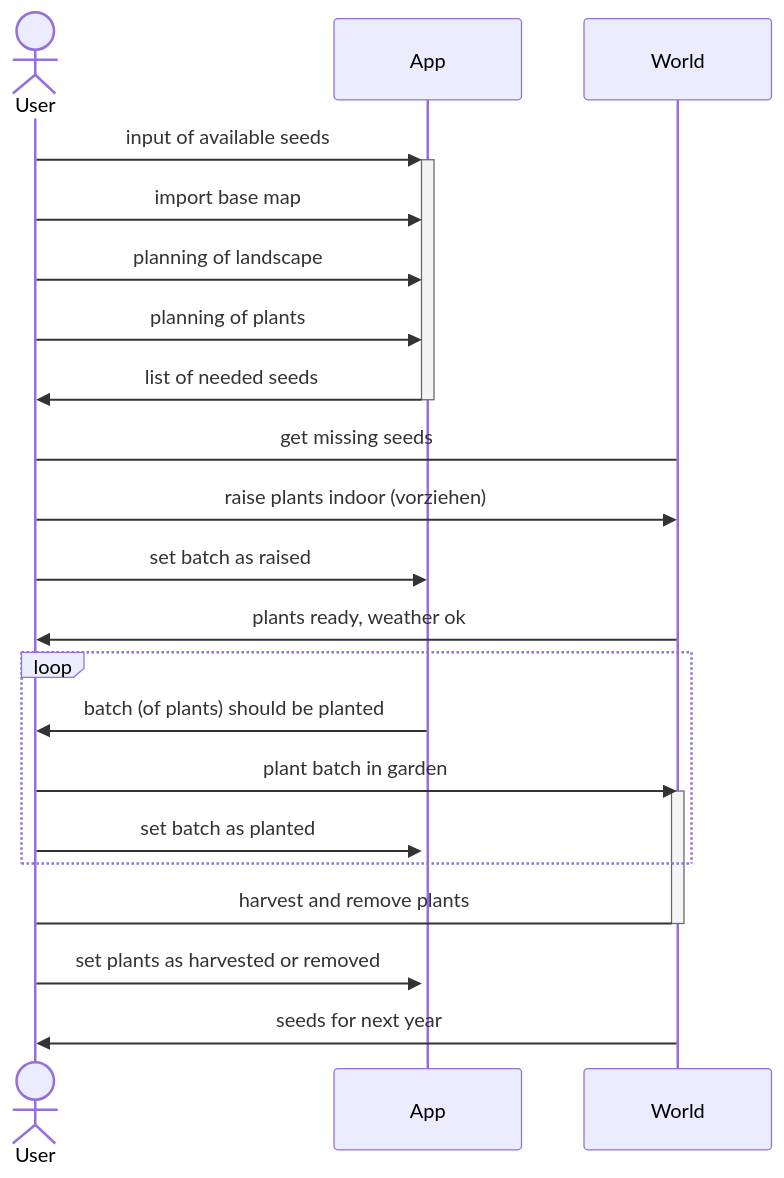
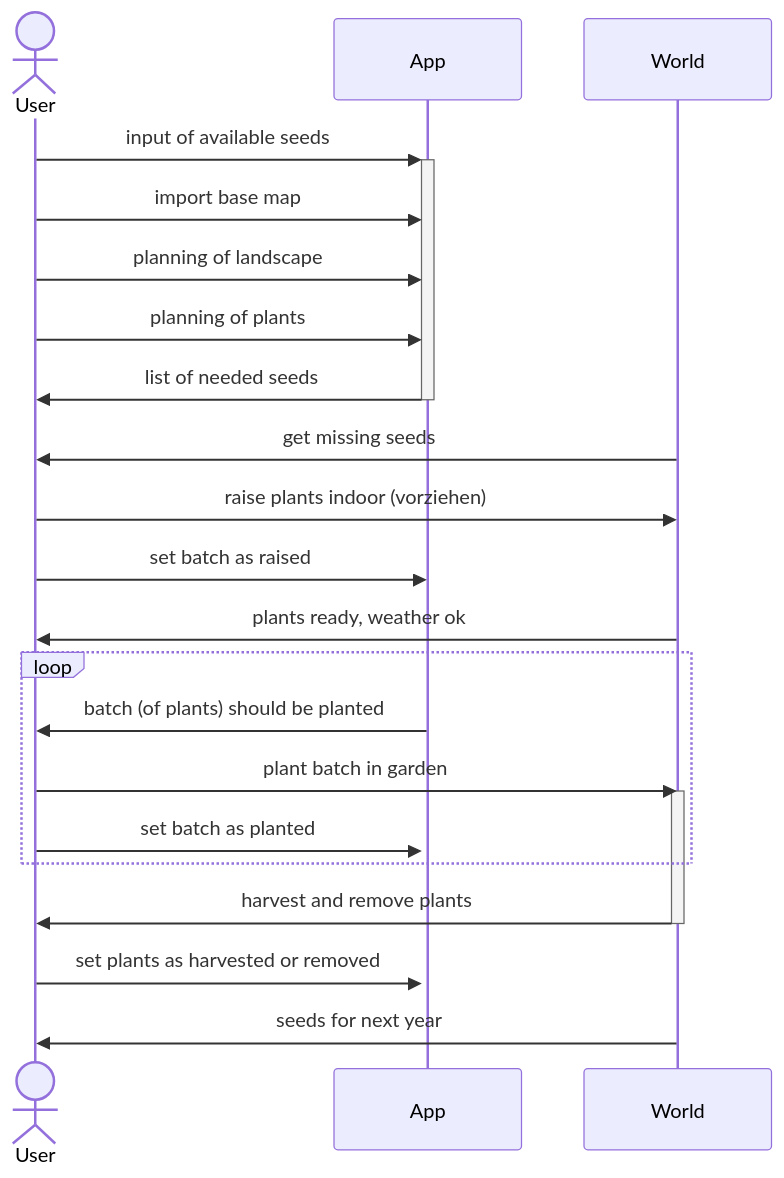
The third of 3 diagrams in doc/architecture/06runtime.md (ElektraInitiative/PermaplanT), drawn with Mermaid before and after one commit.

Commit message:
clarify season picture

````diff
--- a/doc/architecture/06runtime.md
+++ b/doc/architecture/06runtime.md
@@ -64,27 +64,27 @@
 ```mermaid
 sequenceDiagram
     actor User
     User->>+App: input of available seeds
     User->>App: import base map
     User->>App: planning of landscape
     User->>App: planning of plants
     App->>-User: list of needed seeds
-    User->World: get missing seeds
+    World->>User: get missing seeds
     User->>World: raise plants indoor (vorziehen)
     User->>App: set batch as raised
 
     World->>User: plants ready, weather ok
     loop
         App->>User: batch (of plants) should be planted
         User->>World: plant batch in garden
         activate World
         User->>+App: set batch as planted
 
 
     end
 
-    User->World: harvest and remove plants
+    World->>User: harvest and remove plants
     deactivate World
     User->>App: set plants as harvested or removed
     World->>User: seeds for next year
 ```
````
